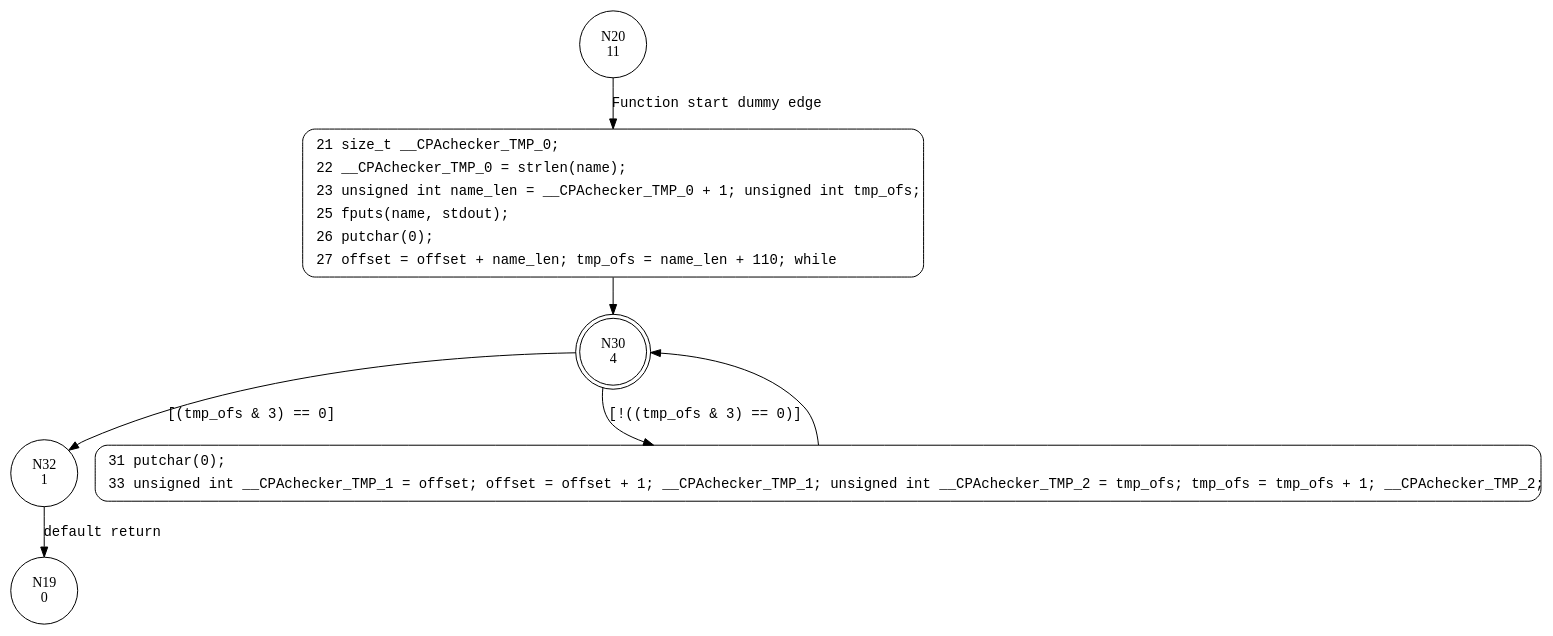
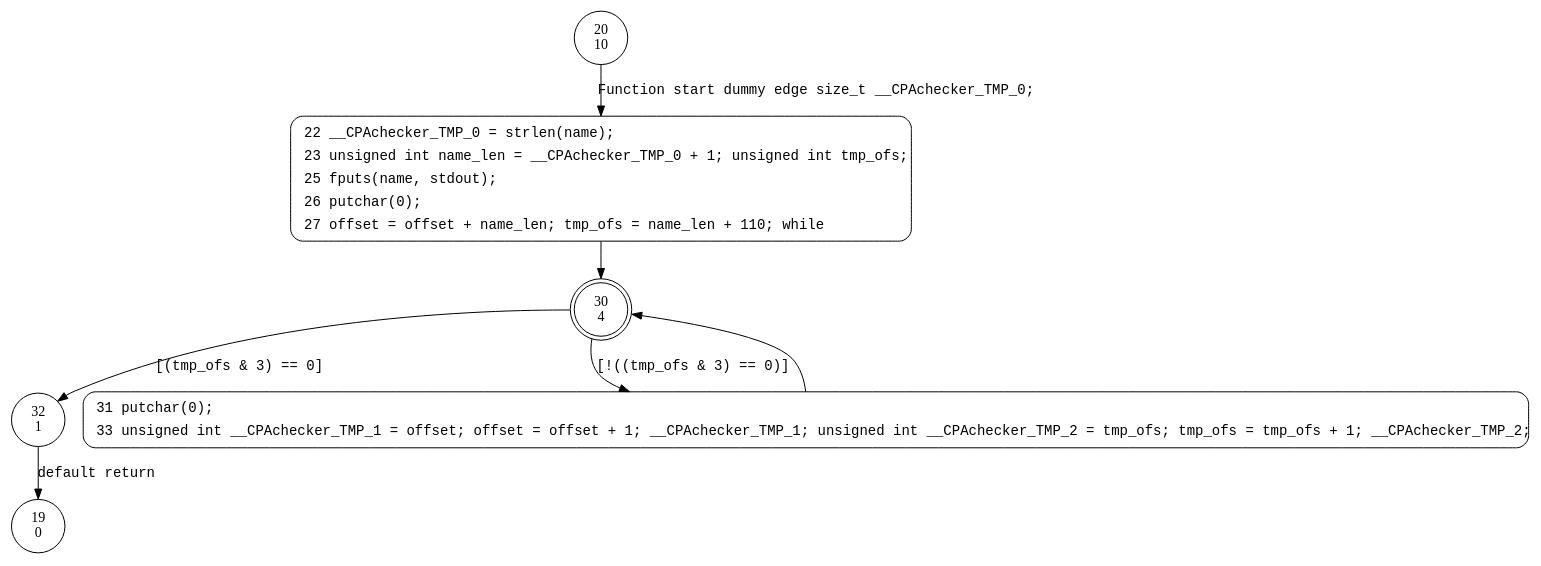
One commit to woailuo/experiments changed the diagram in gen_init_cpio/analysis_original/cfa__push_rest.dot. Above: the diagram before and after it, drawn with Graphviz. The commit also changed 465 other files, not shown here.

```diff
--- a/gen_init_cpio/analysis_original/cfa__push_rest.dot
+++ b/gen_init_cpio/analysis_original/cfa__push_rest.dot
@@ -1,16 +1,16 @@
 digraph push_rest {
-20 [shape="circle" label="N20\n11"]
-21 [shape="circle" label="N21\n10"]
-30 [shape="doublecircle" label="N30\n4"]
-32 [shape="circle" label="N32\n1"]
-31 [shape="circle" label="N31\n3"]
-19 [shape="circle" label="N19\n0"]
-21 [style="filled,bold" penwidth="1" fillcolor="white" fontname="Courier New" shape="Mrecord" label=<<table border="0" cellborder="0" cellpadding="3" bgcolor="white"><tr><td align="right">21</td><td align="left">size_t __CPAchecker_TMP_0;</td></tr><tr><td align="right">22</td><td align="left">__CPAchecker_TMP_0 = strlen(name);</td></tr><tr><td align="right">23</td><td align="left">unsigned int name_len = __CPAchecker_TMP_0 + 1; unsigned int tmp_ofs;</td></tr><tr><td align="right">25</td><td align="left">fputs(name, stdout);</td></tr><tr><td align="right">26</td><td align="left">putchar(0);</td></tr><tr><td align="right">27</td><td align="left">offset = offset + name_len; tmp_ofs = name_len + 110; while</td></tr></table>>]
-21 -> 30[label=""]
+20 [shape="circle" label="20\n10"]
+22 [shape="circle" label="22\n9"]
+30 [shape="doublecircle" label="30\n4"]
+32 [shape="circle" label="32\n1"]
+31 [shape="circle" label="31\n3"]
+19 [shape="circle" label="19\n0"]
+22 [style="filled,bold" penwidth="1" fillcolor="white" fontname="Courier New" shape="Mrecord" label=<<table border="0" cellborder="0" cellpadding="3" bgcolor="white"><tr><td align="right">22</td><td align="left">__CPAchecker_TMP_0 = strlen(name);</td></tr><tr><td align="right">23</td><td align="left">unsigned int name_len = __CPAchecker_TMP_0 + 1; unsigned int tmp_ofs;</td></tr><tr><td align="right">25</td><td align="left">fputs(name, stdout);</td></tr><tr><td align="right">26</td><td align="left">putchar(0);</td></tr><tr><td align="right">27</td><td align="left">offset = offset + name_len; tmp_ofs = name_len + 110; while</td></tr></table>>]
+22 -> 30[label=""]
 31 [style="filled,bold" penwidth="1" fillcolor="white" fontname="Courier New" shape="Mrecord" label=<<table border="0" cellborder="0" cellpadding="3" bgcolor="white"><tr><td align="right">31</td><td align="left">putchar(0);</td></tr><tr><td align="right">33</td><td align="left">unsigned int __CPAchecker_TMP_1 = offset; offset = offset + 1; __CPAchecker_TMP_1; unsigned int __CPAchecker_TMP_2 = tmp_ofs; tmp_ofs = tmp_ofs + 1; __CPAchecker_TMP_2; </td></tr></table>>]
 31 -> 30[label=""]
-20 -> 21 [label="Function start dummy edge" fontname="Courier New"]
+20 -> 22 [label="Function start dummy edge size_t __CPAchecker_TMP_0;" fontname="Courier New"]
 30 -> 32 [label="[(tmp_ofs & 3) == 0]" fontname="Courier New"]
 30 -> 31 [label="[!((tmp_ofs & 3) == 0)]" fontname="Courier New"]
 32 -> 19 [label="default return" fontname="Courier New"]
 }
```
